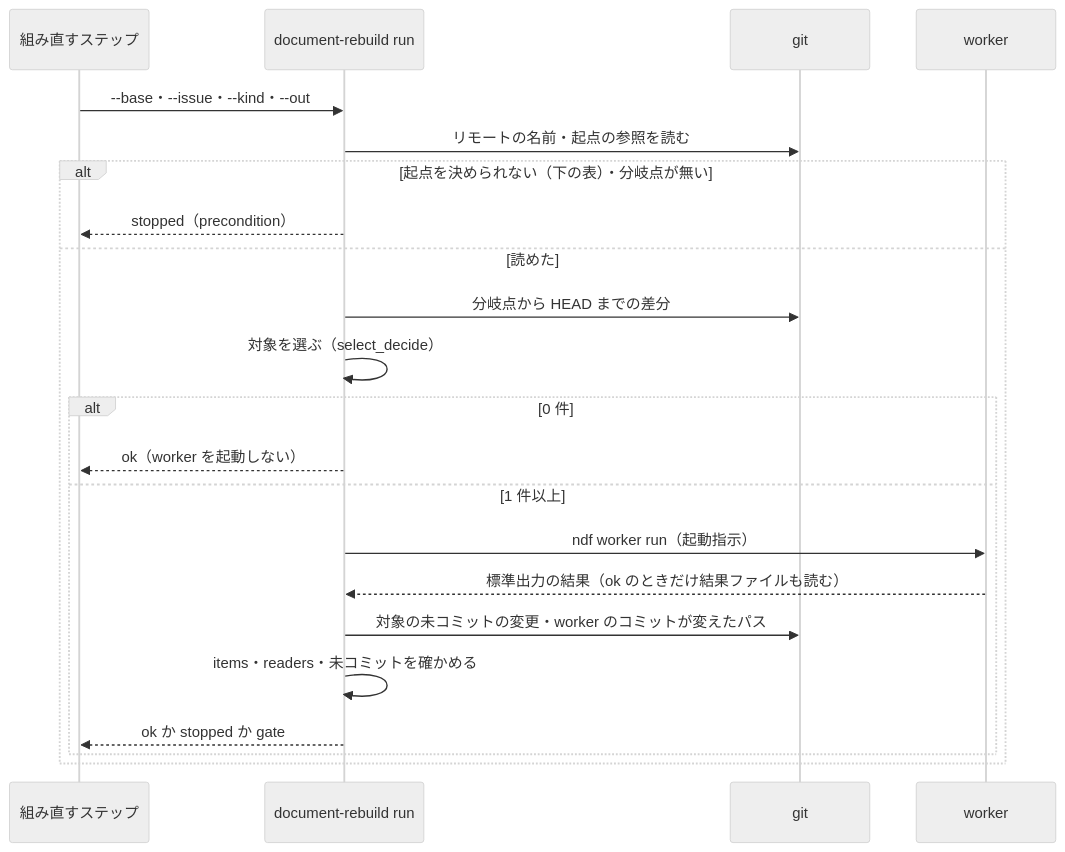
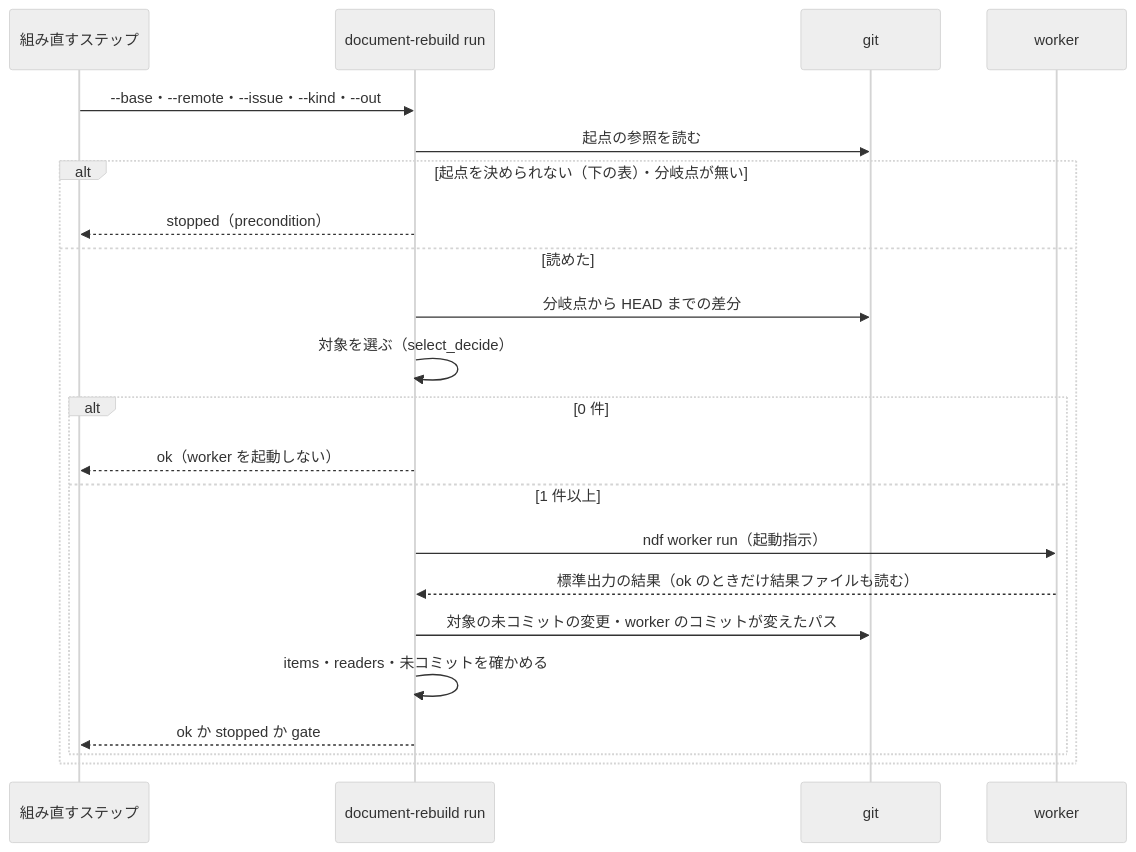
Before and after one commit to devbasex/ai-plugins: the fourth of 4 diagrams in issues/issue-4337-design.md, drawn with Mermaid (neutral theme). The commit also changed other lines of this file, not shown here.

````diff
--- a/issues/issue-4337-design.md
+++ b/issues/issue-4337-design.md
@@ -226,24 +227,24 @@
 ```mermaid
 sequenceDiagram
     participant S as 組み直すステップ
     participant R as document-rebuild run
     participant G as git
     participant W as worker
-    S->>R: --base・--issue・--kind・--out
-    R->>G: リモートの名前・起点の参照を読む
+    S->>R: --base・--remote・--issue・--kind・--out
+    R->>G: 起点の参照を読む
     alt 起点を決められない（下の表）・分岐点が無い
         R-->>S: stopped（precondition）
     else 読めた
         R->>G: 分岐点から HEAD までの差分
         R->>R: 対象を選ぶ（select_decide）
         alt 0 件
             R-->>S: ok（worker を起動しない）
         else 1 件以上
             R->>W: ndf worker run（起動指示）
             W-->>R: 標準出力の結果（ok のときだけ結果ファイルも読む）
             R->>G: 対象の未コミットの変更・worker のコミットが変えたパス
             R->>R: items・readers・未コミットを確かめる
             R-->>S: ok か stopped か gate
         end
     end
 ```
````
